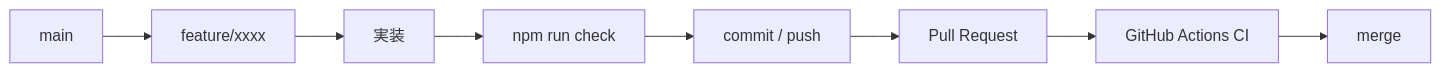
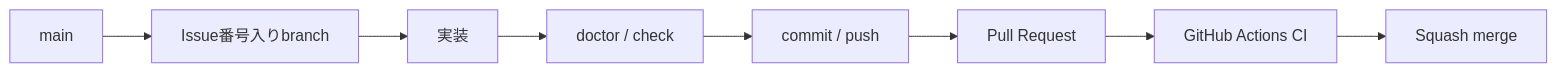
Before and after one commit to k-systems202208/nextjs-supabase-vercel-webapp-template: the eighth of 8 diagrams in GETTING-STARTED.md, drawn with Mermaid. The commit also changed other lines of this file and 9 other files, not shown here.

````diff
--- a/GETTING-STARTED.md
+++ b/GETTING-STARTED.md
@@ -279,10 +303,10 @@
 ```mermaid
 flowchart LR
-    M["main"] --> F["feature/xxxx"]
+    M["main"] --> F["Issue番号入りbranch"]
     F --> I["実装"]
-    I --> C["npm run check"]
+    I --> C["doctor / check"]
     C --> P["commit / push"]
     P --> R["Pull Request"]
     R --> G["GitHub Actions CI"]
-    G --> X["merge"]
+    G --> X["Squash merge"]
 ```
````
